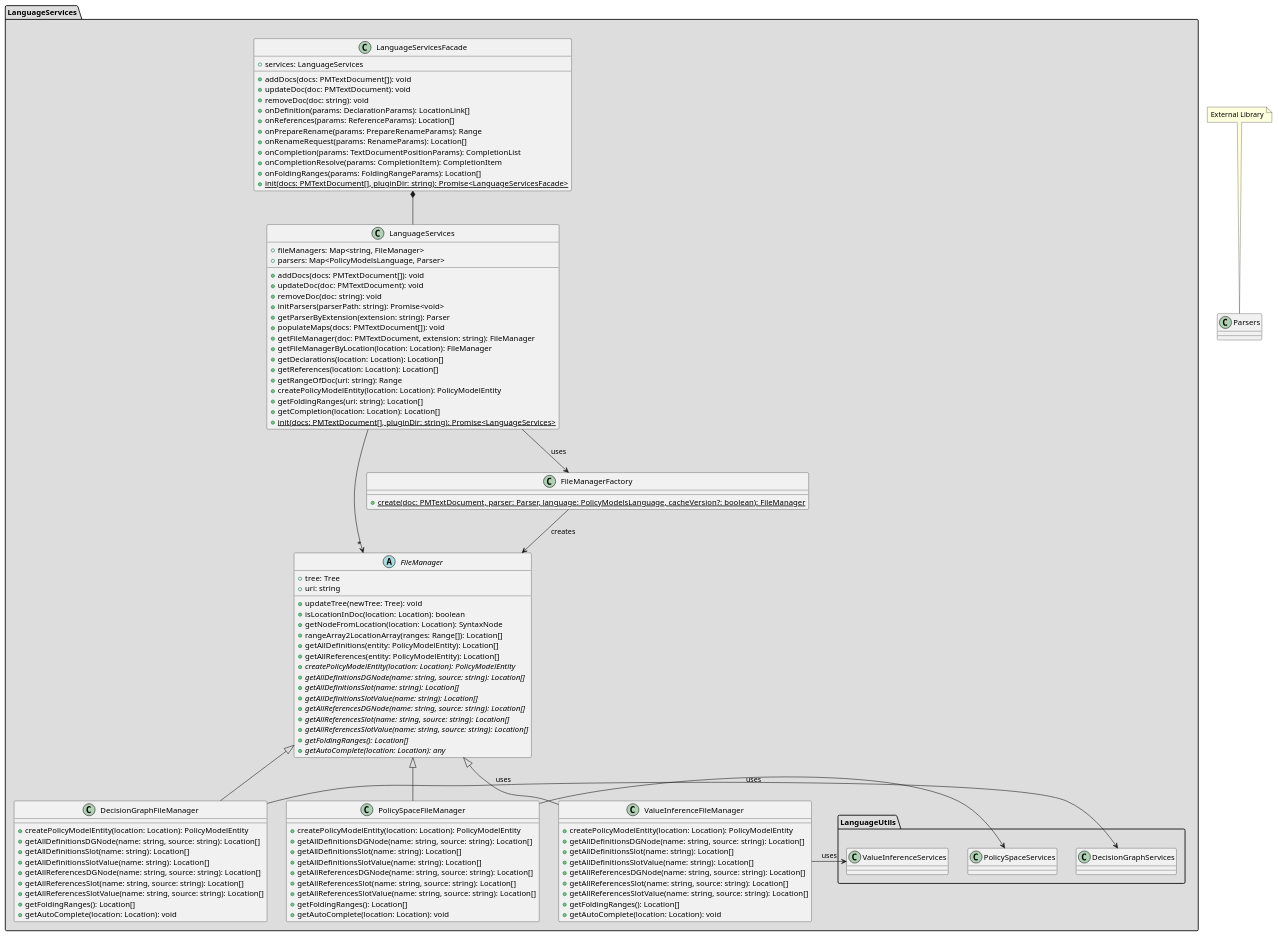
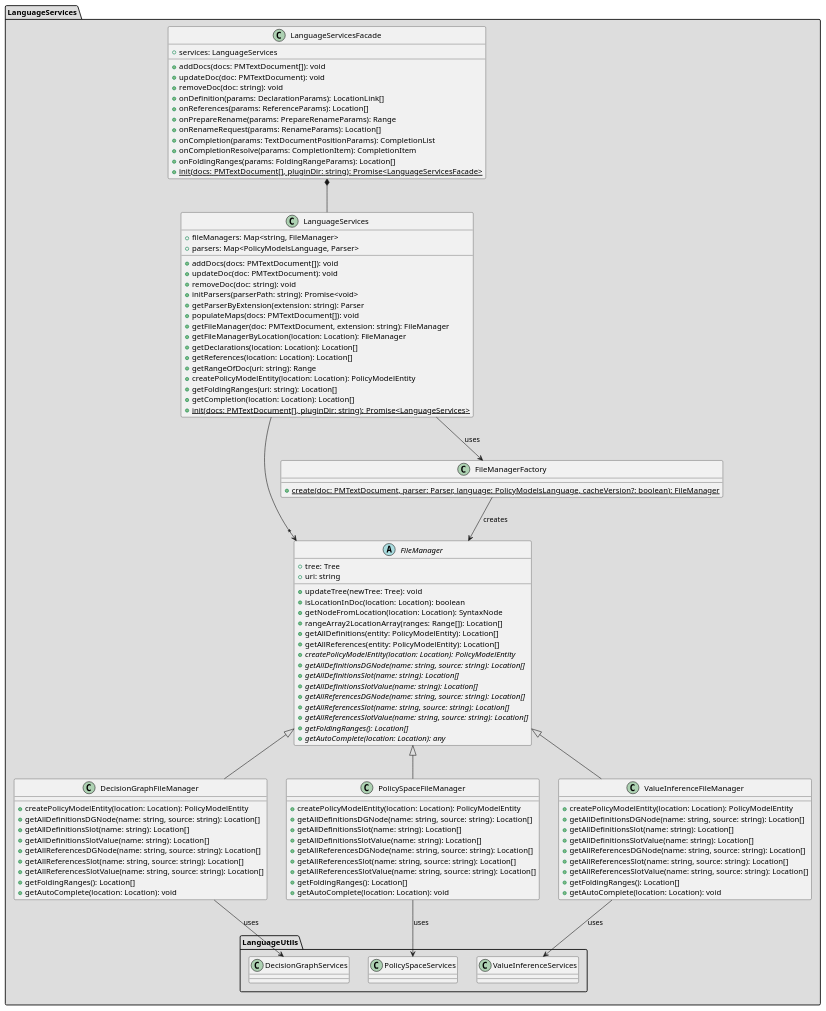
The diagram in plugin/diagrams/server/LanguageServices.puml (wolfj123/PolicyModelsPlugin), drawn with PlantUML before and after one commit.

```diff
--- a/plugin/diagrams/server/LanguageServices.puml
+++ b/plugin/diagrams/server/LanguageServices.puml
@@ -1,126 +1,121 @@
 @startuml
 
 'skinparam style strictuml
 'top to bottom direction
 'left to right direction
 
 allowmixing
 
 package LanguageServices #DDDDDD {
 
     class LanguageServicesFacade {
         +services: LanguageServices
         +addDocs(docs: PMTextDocument[]): void
         +updateDoc(doc: PMTextDocument): void
         +removeDoc(doc: string): void
         +onDefinition(params: DeclarationParams): LocationLink[]
         +onReferences(params: ReferenceParams): Location[]
         +onPrepareRename(params: PrepareRenameParams): Range
         +onRenameRequest(params: RenameParams): Location[]
         +onCompletion(params: TextDocumentPositionParams): CompletionList
         +onCompletionResolve(params: CompletionItem): CompletionItem
         +onFoldingRanges(params: FoldingRangeParams): Location[]
         +{static} init(docs: PMTextDocument[], pluginDir: string): Promise<LanguageServicesFacade>
     }
     class LanguageServices {
         +fileManagers: Map<string, FileManager>
         +parsers: Map<PolicyModelsLanguage, Parser>
         +addDocs(docs: PMTextDocument[]): void
         +updateDoc(doc: PMTextDocument): void
         +removeDoc(doc: string): void
         +initParsers(parserPath: string): Promise<void>
         +getParserByExtension(extension: string): Parser
         +populateMaps(docs: PMTextDocument[]): void
         +getFileManager(doc: PMTextDocument, extension: string): FileManager
         +getFileManagerByLocation(location: Location): FileManager
         +getDeclarations(location: Location): Location[]
         +getReferences(location: Location): Location[]
         +getRangeOfDoc(uri: string): Range
         +createPolicyModelEntity(location: Location): PolicyModelEntity
         +getFoldingRanges(uri: string): Location[]
         +getCompletion(location: Location): Location[]
         +{static} init(docs: PMTextDocument[], pluginDir: string): Promise<LanguageServices>
     }
     abstract class FileManager {
         +tree: Tree
         +uri: string
         +updateTree(newTree: Tree): void
         +isLocationInDoc(location: Location): boolean
         +getNodeFromLocation(location: Location): SyntaxNode
         +rangeArray2LocationArray(ranges: Range[]): Location[]
         +getAllDefinitions(entity: PolicyModelEntity): Location[]
         +getAllReferences(entity: PolicyModelEntity): Location[]
         +{abstract} createPolicyModelEntity(location: Location): PolicyModelEntity
         +{abstract} getAllDefinitionsDGNode(name: string, source: string): Location[]
         +{abstract} getAllDefinitionsSlot(name: string): Location[]
         +{abstract} getAllDefinitionsSlotValue(name: string): Location[]
         +{abstract} getAllReferencesDGNode(name: string, source: string): Location[]
         +{abstract} getAllReferencesSlot(name: string, source: string): Location[]
         +{abstract} getAllReferencesSlotValue(name: string, source: string): Location[]
         +{abstract} getFoldingRanges(): Location[]
         +{abstract} getAutoComplete(location: Location): any
     }
     class FileManagerFactory {
         +{static} create(doc: PMTextDocument, parser: Parser, language: PolicyModelsLanguage, cacheVersion?: boolean): FileManager
     }
     class DecisionGraphFileManager extends FileManager {
         +createPolicyModelEntity(location: Location): PolicyModelEntity
         +getAllDefinitionsDGNode(name: string, source: string): Location[]
         +getAllDefinitionsSlot(name: string): Location[]
         +getAllDefinitionsSlotValue(name: string): Location[]
         +getAllReferencesDGNode(name: string, source: string): Location[]
         +getAllReferencesSlot(name: string, source: string): Location[]
         +getAllReferencesSlotValue(name: string, source: string): Location[]
         +getFoldingRanges(): Location[]
         +getAutoComplete(location: Location): void
     }
     class PolicySpaceFileManager extends FileManager {
         +createPolicyModelEntity(location: Location): PolicyModelEntity
         +getAllDefinitionsDGNode(name: string, source: string): Location[]
         +getAllDefinitionsSlot(name: string): Location[]
         +getAllDefinitionsSlotValue(name: string): Location[]
         +getAllReferencesDGNode(name: string, source: string): Location[]
         +getAllReferencesSlot(name: string, source: string): Location[]
         +getAllReferencesSlotValue(name: string, source: string): Location[]
         +getFoldingRanges(): Location[]
         +getAutoComplete(location: Location): void
     }
     class ValueInferenceFileManager extends FileManager {
         +createPolicyModelEntity(location: Location): PolicyModelEntity
         +getAllDefinitionsDGNode(name: string, source: string): Location[]
         +getAllDefinitionsSlot(name: string): Location[]
         +getAllDefinitionsSlotValue(name: string): Location[]
         +getAllReferencesDGNode(name: string, source: string): Location[]
         +getAllReferencesSlot(name: string, source: string): Location[]
         +getAllReferencesSlotValue(name: string, source: string): Location[]
         +getFoldingRanges(): Location[]
         +getAutoComplete(location: Location): void
     }
 
     package LanguageUtils #DDDDDD {
         class DecisionGraphServices 
         class PolicySpaceServices
         class ValueInferenceServices
     }
 
  
 
     LanguageServicesFacade *-- LanguageServices
     FileManagerFactory --> FileManager : "creates"
     LanguageServices -->  FileManagerFactory : "uses"
     LanguageServices --> "*" FileManager
 }
 
-
-note "External Library" as n_ext
-n_ext .. Parsers
-
-
-DecisionGraphFileManager -> DecisionGraphServices : "uses"
-PolicySpaceFileManager -> PolicySpaceServices : "uses"
-ValueInferenceFileManager -> ValueInferenceServices : "uses"
+DecisionGraphFileManager -down-> DecisionGraphServices : "uses"
+PolicySpaceFileManager -down-> PolicySpaceServices : "uses"
+ValueInferenceFileManager -down-> ValueInferenceServices : "uses"
 
 
 
 
 @enduml
```
